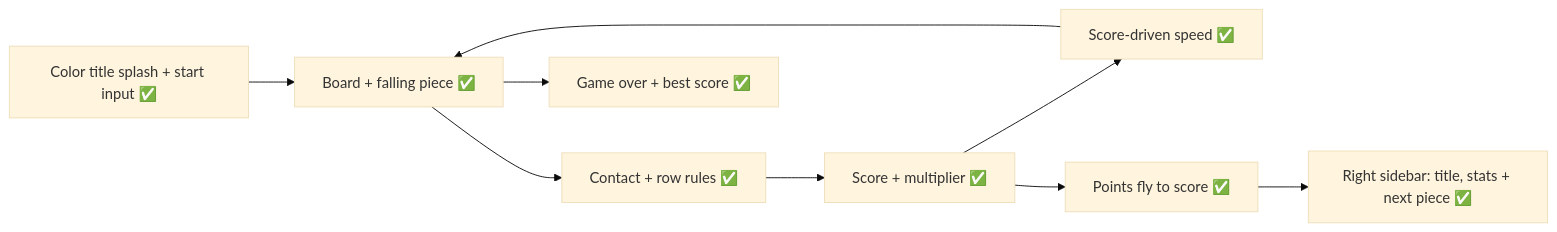
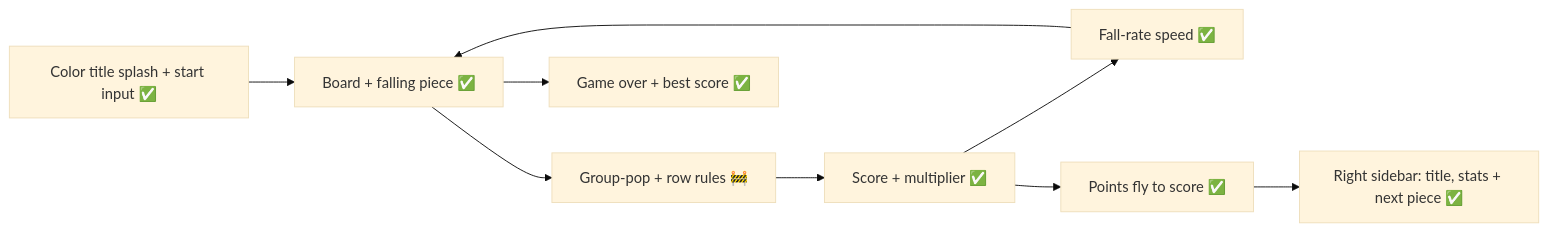
The diagram in docs/features/001-darix/plan.md (stezante7/Darix), drawn with Mermaid (base theme) before and after one commit. The commit also changed other lines of this file and 12 other files, not shown here.

First line of the commit message:
Simplify: groups of 4+ pop, row-run painting, one colour per piece

````diff
--- a/docs/features/001-darix/plan.md
+++ b/docs/features/001-darix/plan.md
@@ -5,11 +5,11 @@
 ```mermaid
 flowchart LR
   Splash[Color title splash + start input ✅] --> Board[Board + falling piece ✅]
-  Board --> Rules[Contact + row rules ✅]
+  Board --> Rules[Group-pop + row rules 🚧]
   Rules --> Score[Score + multiplier ✅]
-  Score --> Speed[Score-driven speed ✅]
+  Score --> Speed[Fall-rate speed ✅]
   Speed --> Board
   Score --> Flight[Points fly to score ✅]
   Flight --> Hud[Right sidebar: title, stats + next piece ✅]
   Board --> Over[Game over + best score ✅]
 ```
````
